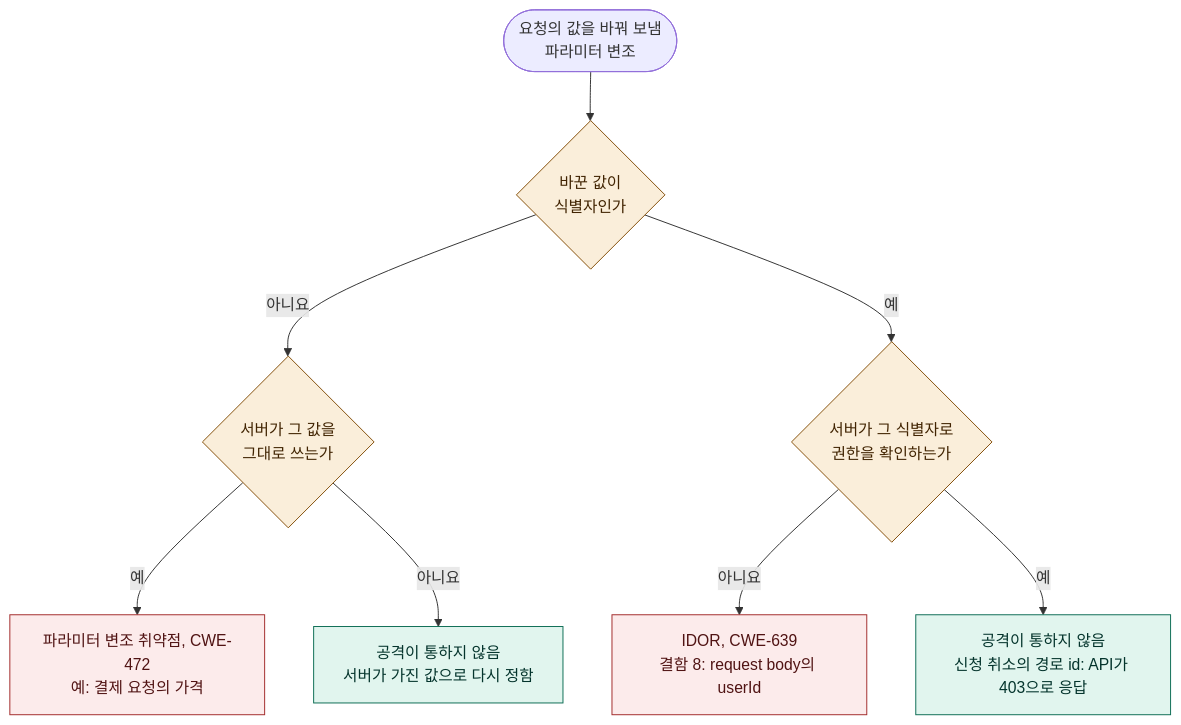
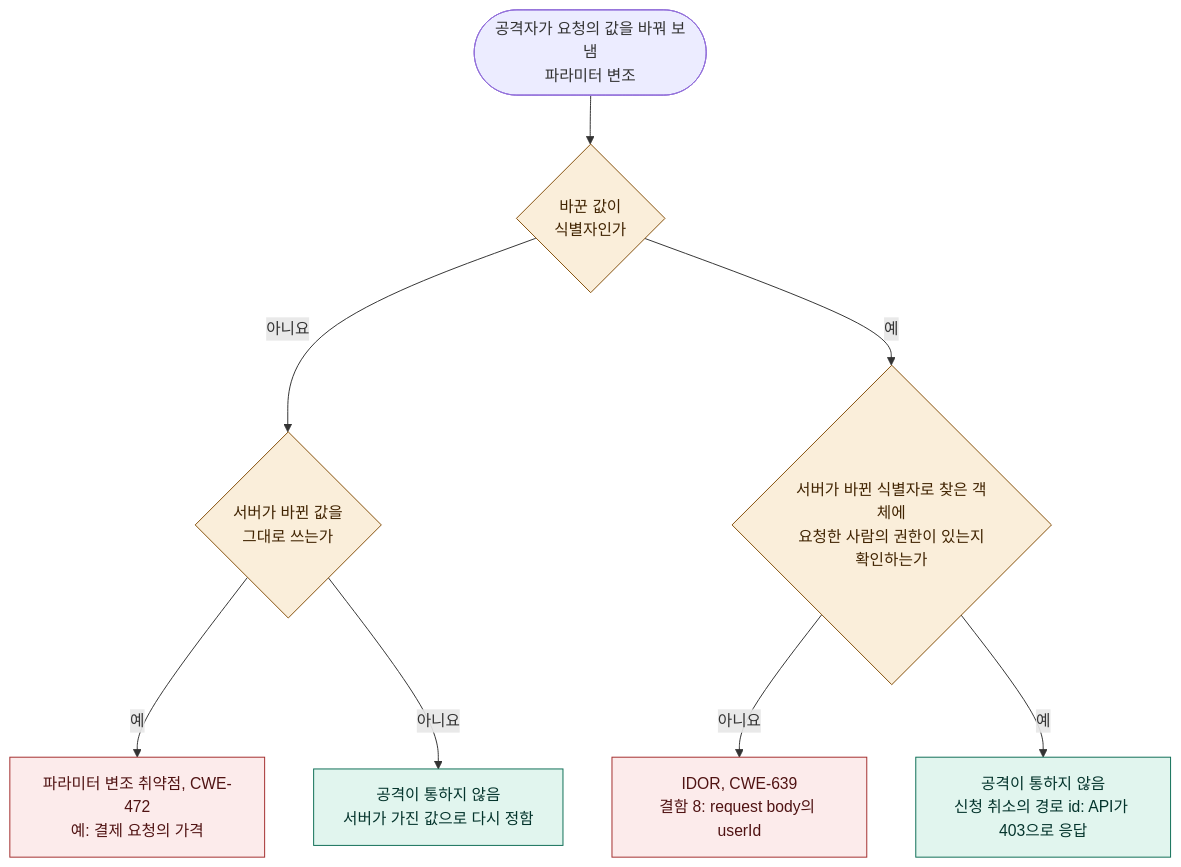
Before and after one commit to loquemedalagana/secure-enroll-demo: the third of 4 diagrams in docs/diagnosis/defect-8.md, drawn with Mermaid. The commit also changed other lines of this file, not shown here.

Commit message:
docs: 결함 8 보고서 테스트 그림과 파라미터 변조 그림의 글자를 고침
테스트 그림의 'body'는 'request body'로 고치고, '허용'에서 끝나던 상자에 서술어를 붙였다.
파라미터 변조 그림의 첫 상자에는 누가 바꿔 보내는지(공격자가)를 적었다.
'그 값', '그 식별자'는 가리키는 것이 상자 안에 없어서 '바뀐 값', '바뀐 식별자'로 고치고,
'식별자로 권한을 확인'은 누구의 권한을 무엇에 대해 확인하는지를 적었다.

````diff
--- a/docs/diagnosis/defect-8.md
+++ b/docs/diagnosis/defect-8.md
@@ -235,17 +235,17 @@
 ```mermaid
 flowchart TD
-  t(["요청의 값을 바꿔 보냄<br/>파라미터 변조"]) --> q1{"바꾼 값이<br/>식별자인가"}
-  q1 -- 아니요 --> q2{"서버가 그 값을<br/>그대로 쓰는가"}
+  t(["공격자가 요청의 값을 바꿔 보냄<br/>파라미터 변조"]) --> q1{"바꾼 값이<br/>식별자인가"}
+  q1 -- 아니요 --> q2{"서버가 바뀐 값을<br/>그대로 쓰는가"}
   q2 -- 예 --> v1["파라미터 변조 취약점, CWE-472<br/>예: 결제 요청의 가격"]
   q2 -- 아니요 --> b1["공격이 통하지 않음<br/>서버가 가진 값으로 다시 정함"]
-  q1 -- 예 --> q3{"서버가 그 식별자로<br/>권한을 확인하는가"}
+  q1 -- 예 --> q3{"서버가 바뀐 식별자로 찾은 객체에<br/>요청한 사람의 권한이 있는지<br/>확인하는가"}
   q3 -- 아니요 --> v2["IDOR, CWE-639<br/>결함 8: request body의 userId"]
   q3 -- 예 --> b2["공격이 통하지 않음<br/>신청 취소의 경로 id: API가 403으로 응답"]
 
   classDef safe fill:#E1F5EE,stroke:#0F6E56,color:#04342C
   classDef danger fill:#FCEBEB,stroke:#A32D2D,color:#501313
   classDef check fill:#FAEEDA,stroke:#854F0B,color:#412402
   class v1,v2 danger
   class b1,b2 safe
   class q1,q2,q3 check
 ```
````
